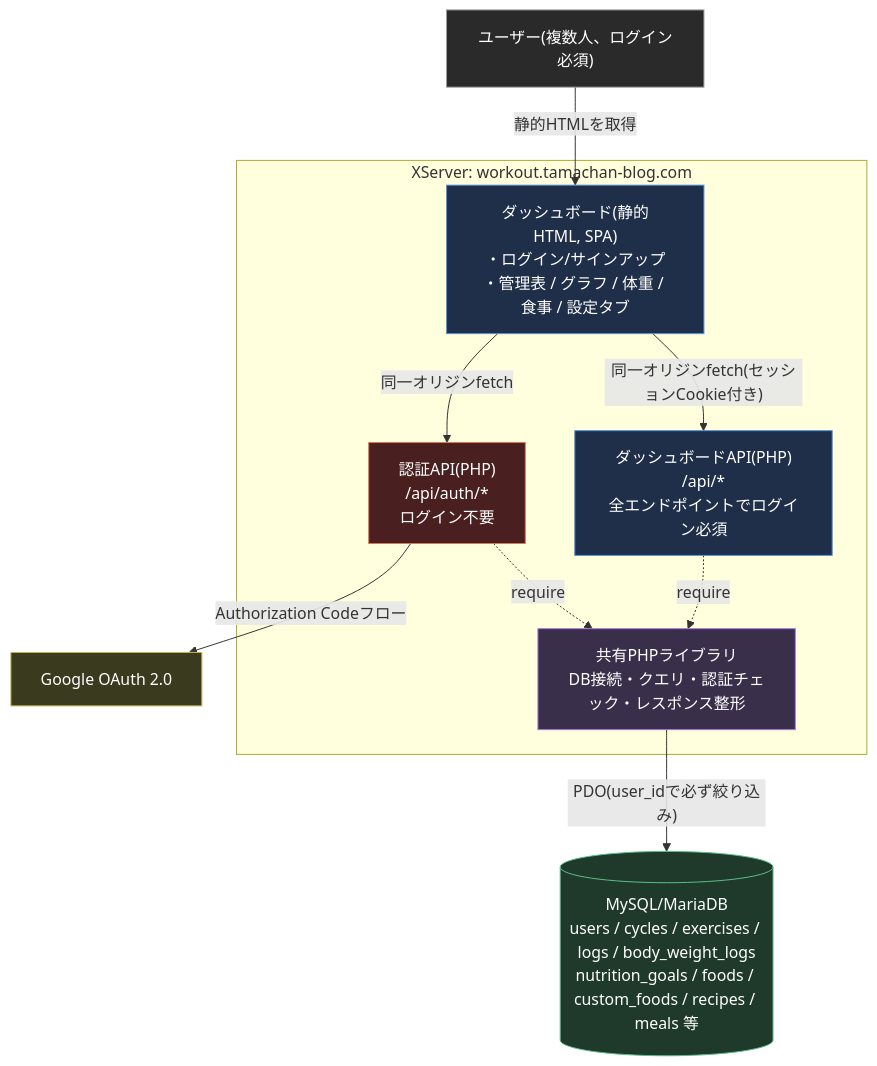
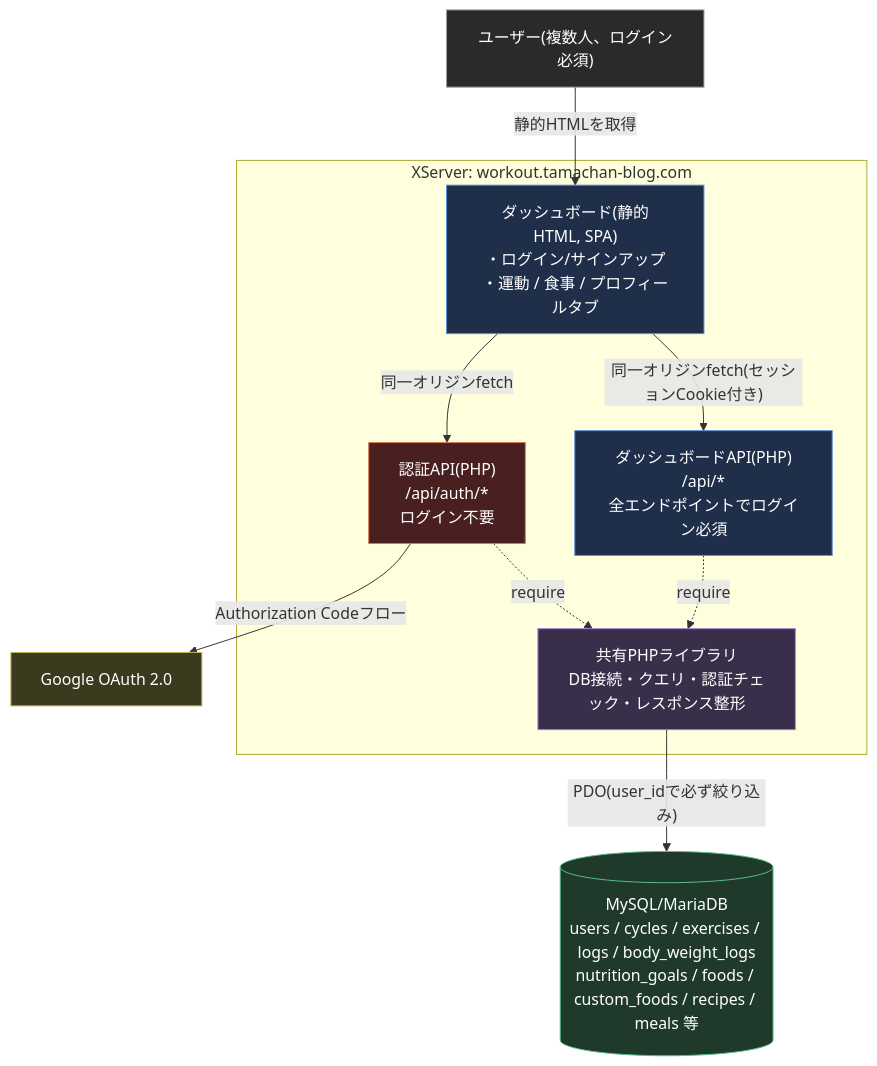
The first of 2 diagrams in docs/architecture.md (tamatyan1111/workout), drawn with Mermaid before and after one commit. The commit also changed 13 other files, not shown here.

````diff
--- a/docs/architecture.md
+++ b/docs/architecture.md
@@ -12,36 +12,36 @@
 ```mermaid
 flowchart TD
     User["ユーザー(複数人、ログイン必須)"]
     Google["Google OAuth 2.0"]
 
     subgraph xserver["XServer: workout.tamachan-blog.com"]
-        Dashboard["ダッシュボード(静的HTML, SPA)<br/>・ログイン/サインアップ<br/>・管理表 / グラフ / 体重 / 食事 / 設定タブ"]
+        Dashboard["ダッシュボード(静的HTML, SPA)<br/>・ログイン/サインアップ<br/>・運動 / 食事 / プロフィールタブ"]
         AuthAPI["認証API(PHP)<br/>/api/auth/*<br/>ログイン不要"]
         API["ダッシュボードAPI(PHP)<br/>/api/*<br/>全エンドポイントでログイン必須"]
         Shared["共有PHPライブラリ<br/>DB接続・クエリ・認証チェック・レスポンス整形"]
     end
 
     DB[("MySQL/MariaDB<br/>users / cycles / exercises / logs / body_weight_logs<br/>nutrition_goals / foods / custom_foods / recipes / meals 等")]
 
     User -- "静的HTMLを取得" --> Dashboard
     Dashboard -- "同一オリジンfetch" --> AuthAPI
     Dashboard -- "同一オリジンfetch(セッションCookie付き)" --> API
     AuthAPI -- "Authorization Codeフロー" --> Google
     AuthAPI -.require.-> Shared
     API -.require.-> Shared
     Shared -- "PDO(user_idで必ず絞り込み)" --> DB
 
     classDef authNode fill:#4a1f1f,stroke:#d97757,color:#fff
     classDef appNode fill:#1f2f4a,stroke:#5b8fd9,color:#fff
     classDef dataNode fill:#1f3a2a,stroke:#5bbf8a,color:#fff
     classDef actor fill:#2a2a2a,stroke:#999,color:#fff
     classDef sharedNode fill:#3a2f4a,stroke:#a679d9,color:#fff
     classDef externalNode fill:#3a3a1f,stroke:#c9b458,color:#fff
 
     class AuthAPI authNode
     class Dashboard,API appNode
     class DB dataNode
     class Shared sharedNode
     class User actor
     class Google externalNode
 ```
````
